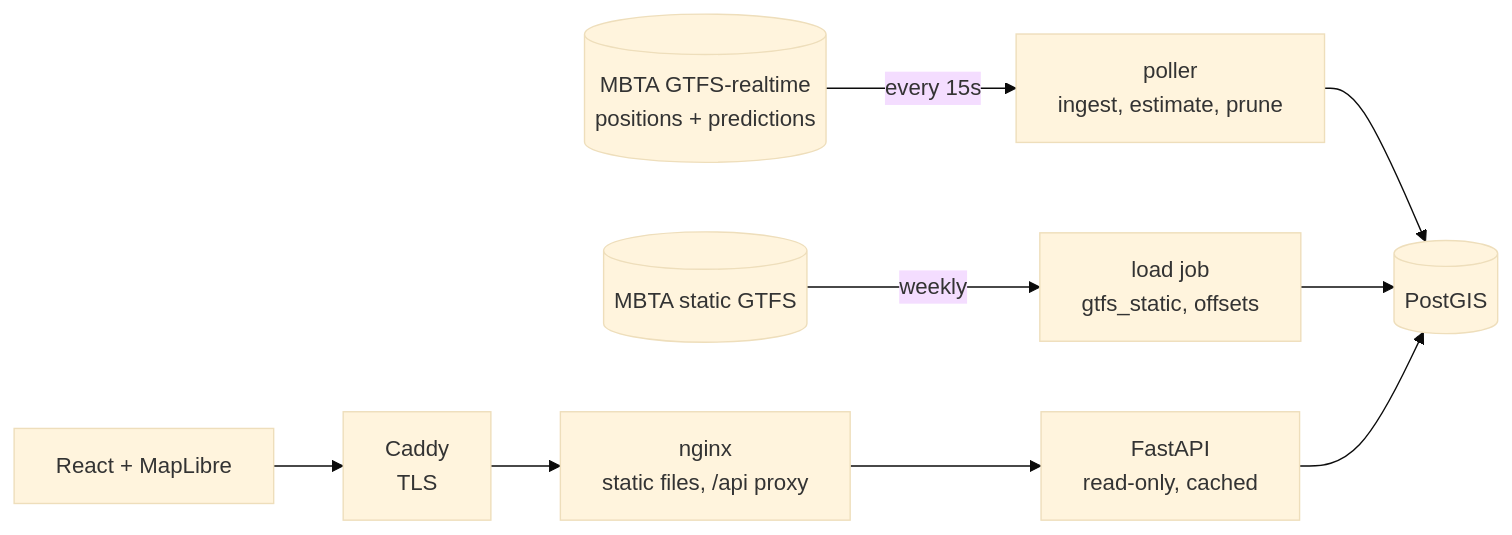
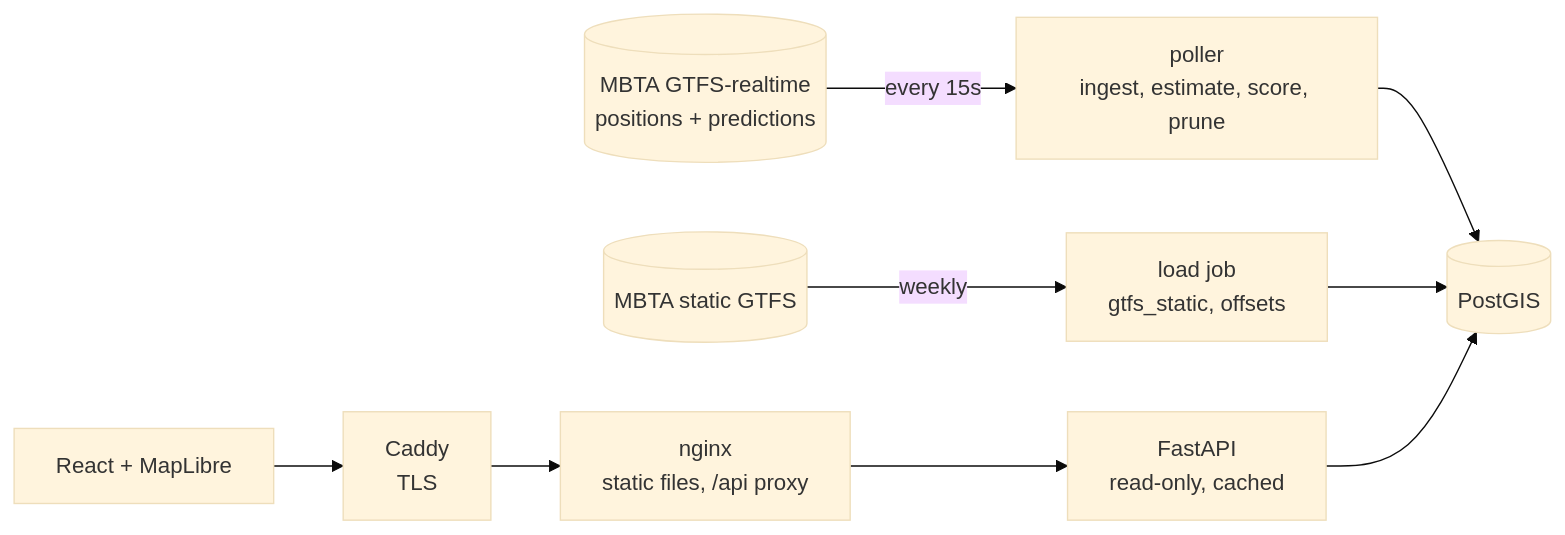
The diagram in README.md (FrankBStack/mbta-delay-estimator), drawn with Mermaid (base theme) before and after one commit. The commit also changed other lines of this file and 14 other files, not shown here.

Commit message:
Score both arrival estimates against the arrivals that follow, and apply the realtime schema at process start

````diff
--- a/README.md
+++ b/README.md
@@ -111,8 +111,8 @@
 ```mermaid
 flowchart LR
     feeds[("MBTA GTFS-realtime<br/>positions + predictions")] -->|every 15s| poller
     gtfs[("MBTA static GTFS")] -->|weekly| load["load job<br/>gtfs_static, offsets"]
-    poller["poller<br/>ingest, estimate, prune"] --> db[("PostGIS")]
+    poller["poller<br/>ingest, estimate, score, prune"] --> db[("PostGIS")]
     load --> db
     browser["React + MapLibre"] --> caddy["Caddy<br/>TLS"] --> nginx["nginx<br/>static files, /api proxy"] --> api["FastAPI<br/>read-only, cached"] --> db
 ```
````
